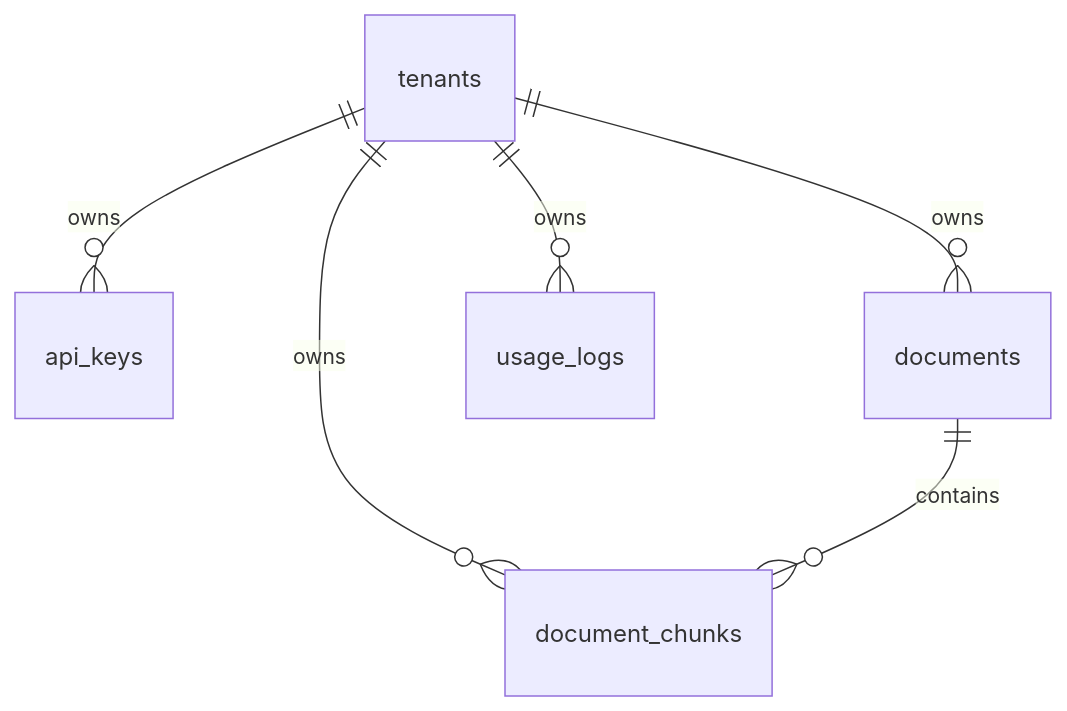
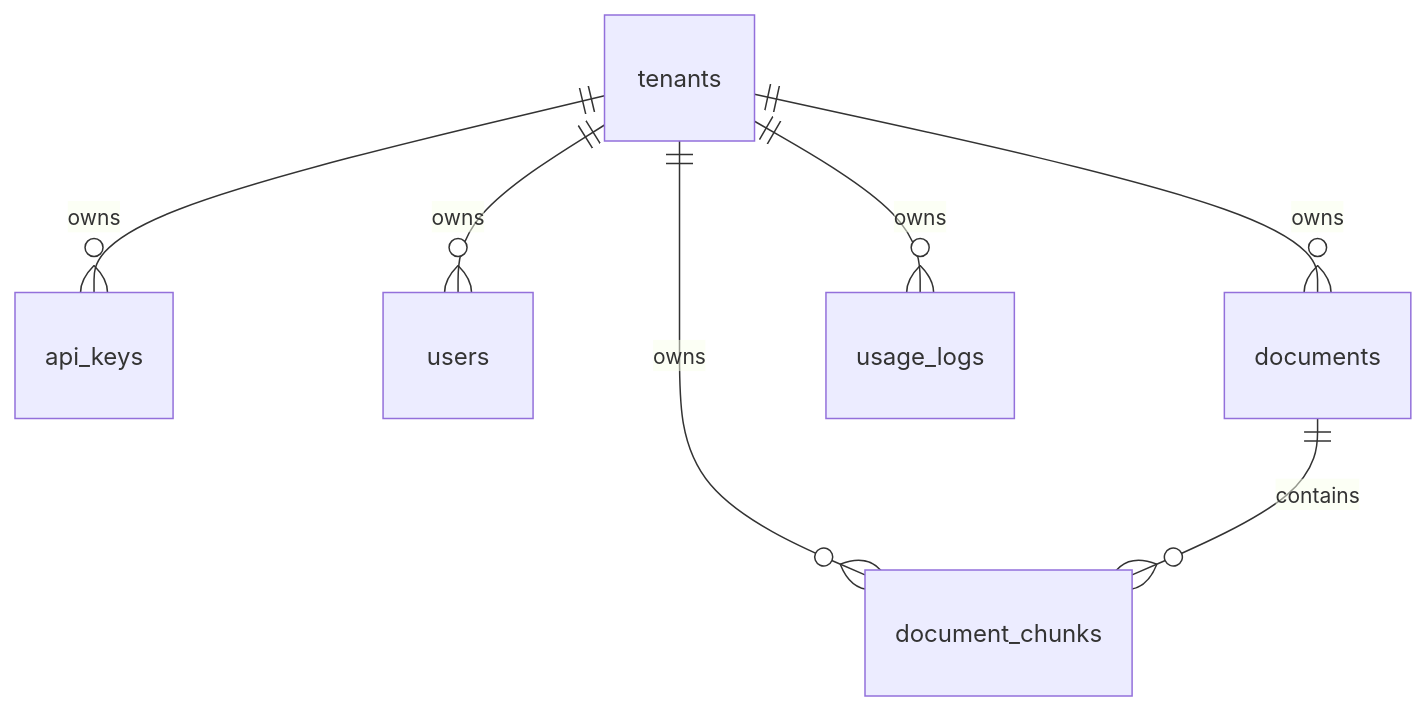
The fourth of 4 diagrams in README.md (Janeitor/tenant-ai-platform), drawn with Mermaid before and after one commit. The commit also changed other lines of this file and 41 other files, not shown here.

````diff
--- a/README.md
+++ b/README.md
@@ -1200,8 +1263,9 @@
 ```mermaid
 erDiagram
   tenants ||--o{ api_keys : owns
+  tenants ||--o{ users : owns
   tenants ||--o{ documents : owns
   tenants ||--o{ document_chunks : owns
   tenants ||--o{ usage_logs : owns
   documents ||--o{ document_chunks : contains
 ```
````
